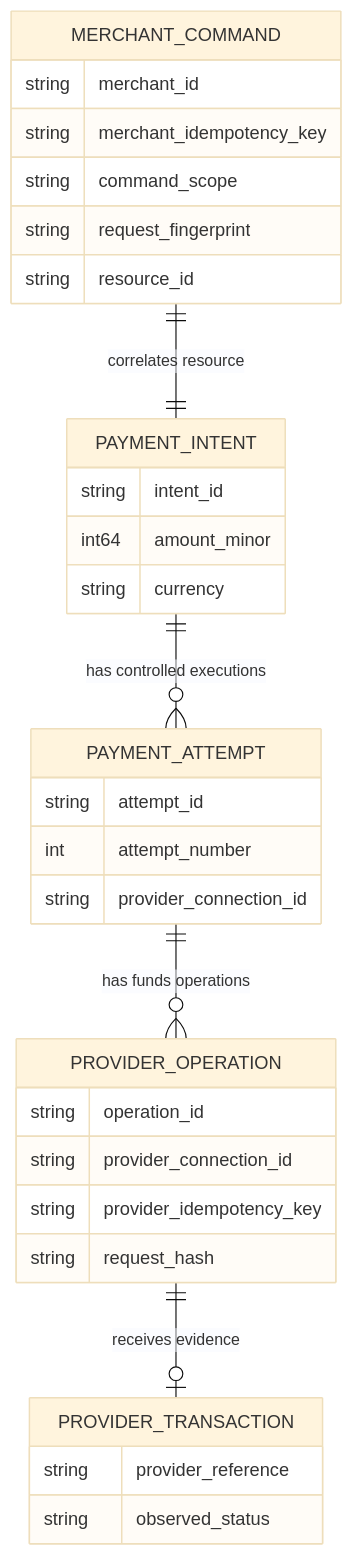
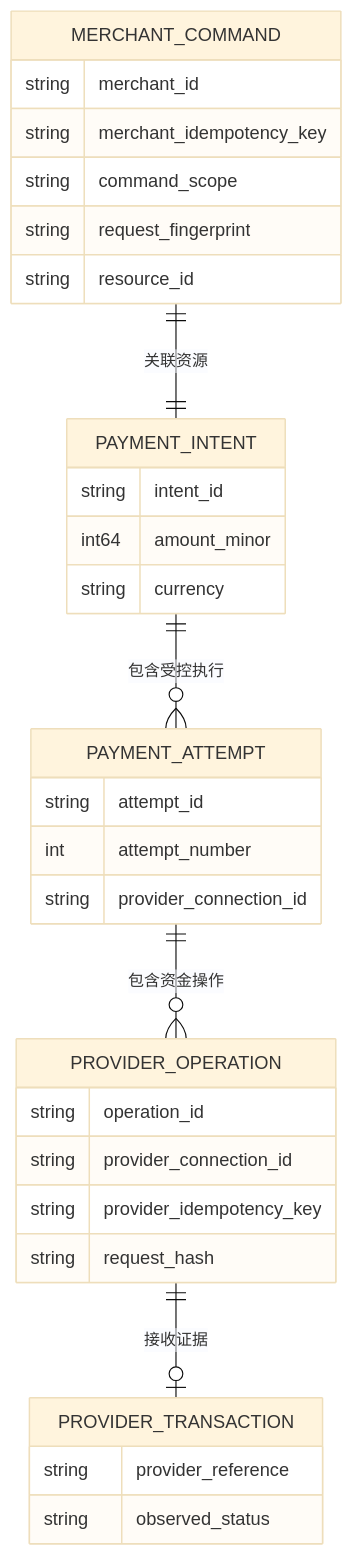
One commit to YouEclipse/Designing-Modern-Payment-Systems changed the fourth of 5 diagrams in part-3-reliability/idempotency.md. Above: the diagram before and after it, drawn with Mermaid (base theme). The commit also changed other lines of this file and 59 other files, not shown here.

````diff
--- a/part-3-reliability/idempotency.md
+++ b/part-3-reliability/idempotency.md
@@ -217,35 +217,35 @@
 ```mermaid
 erDiagram
-    MERCHANT_COMMAND ||--|| PAYMENT_INTENT : "correlates resource"
-    PAYMENT_INTENT ||--o{ PAYMENT_ATTEMPT : "has controlled executions"
-    PAYMENT_ATTEMPT ||--o{ PROVIDER_OPERATION : "has funds operations"
-    PROVIDER_OPERATION ||--o| PROVIDER_TRANSACTION : "receives evidence"
+    MERCHANT_COMMAND ||--|| PAYMENT_INTENT : "关联资源"
+    PAYMENT_INTENT ||--o{ PAYMENT_ATTEMPT : "包含受控执行"
+    PAYMENT_ATTEMPT ||--o{ PROVIDER_OPERATION : "包含资金操作"
+    PROVIDER_OPERATION ||--o| PROVIDER_TRANSACTION : "接收证据"
 
     MERCHANT_COMMAND {
         string merchant_id
         string merchant_idempotency_key
         string command_scope
         string request_fingerprint
         string resource_id
     }
     PAYMENT_INTENT {
         string intent_id
         int64 amount_minor
         string currency
     }
     PAYMENT_ATTEMPT {
         string attempt_id
         int attempt_number
         string provider_connection_id
     }
     PROVIDER_OPERATION {
         string operation_id
         string provider_connection_id
         string provider_idempotency_key
         string request_hash
     }
     PROVIDER_TRANSACTION {
         string provider_reference
         string observed_status
     }
 ```
````
